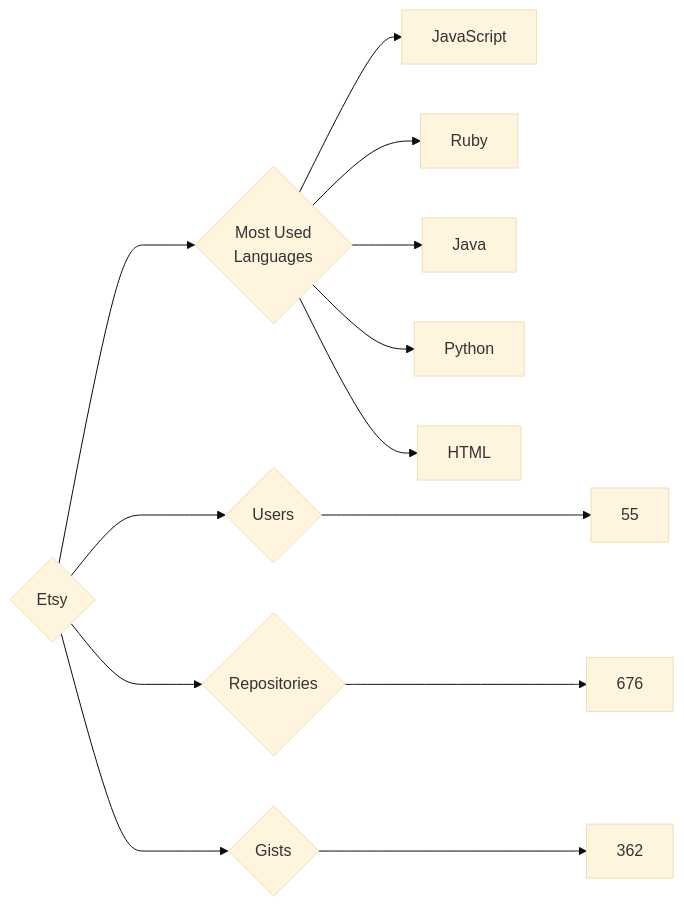
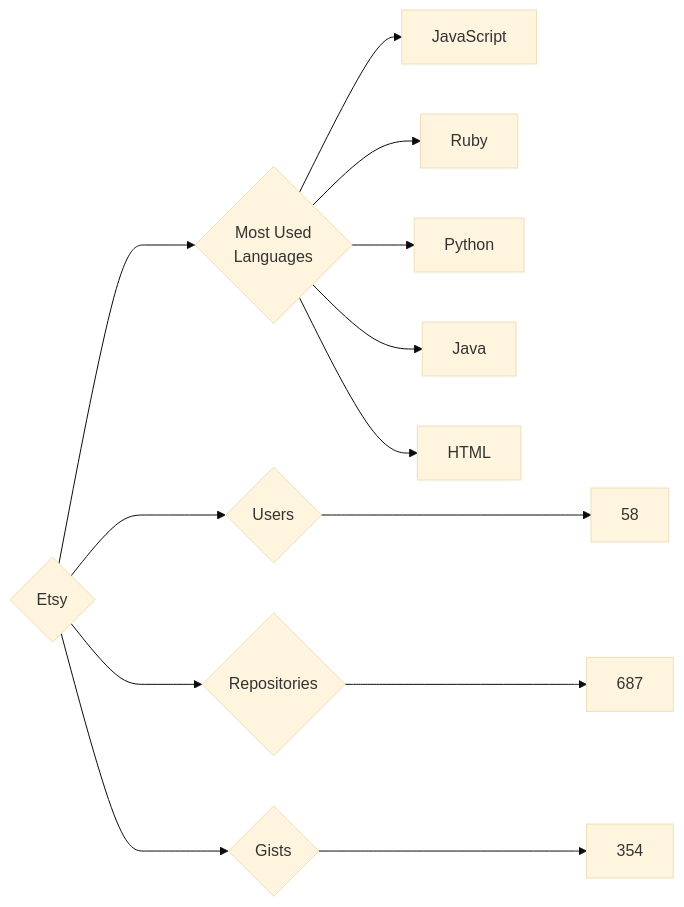
One commit to trickest/insiders changed the diagram in targets/Etsy/README.md. Above: the diagram before and after it, drawn with Mermaid (base theme). The commit also changed 681 other files, not shown here.

````diff
--- a/targets/Etsy/README.md
+++ b/targets/Etsy/README.md
@@ -3,13 +3,13 @@
 ```mermaid
 graph LR
 COMPANY_NAME{Etsy}
-COMPANY_NAME ---> U{Users} ---> UN[55]
-COMPANY_NAME ---> R{Repositories} ---> RN[676]
-COMPANY_NAME ---> G{Gists} ---> GN[362]
+COMPANY_NAME ---> U{Users} ---> UN[58]
+COMPANY_NAME ---> R{Repositories} ---> RN[687]
+COMPANY_NAME ---> G{Gists} ---> GN[354]
 COMPANY_NAME ---> ML{Most Used<br>Languages}
 ML --> JavaScript[JavaScript]
 ML --> Ruby[Ruby]
+ML --> Python[Python]
 ML --> Java[Java]
-ML --> Python[Python]
 ML --> HTML[HTML]
 ```
````
